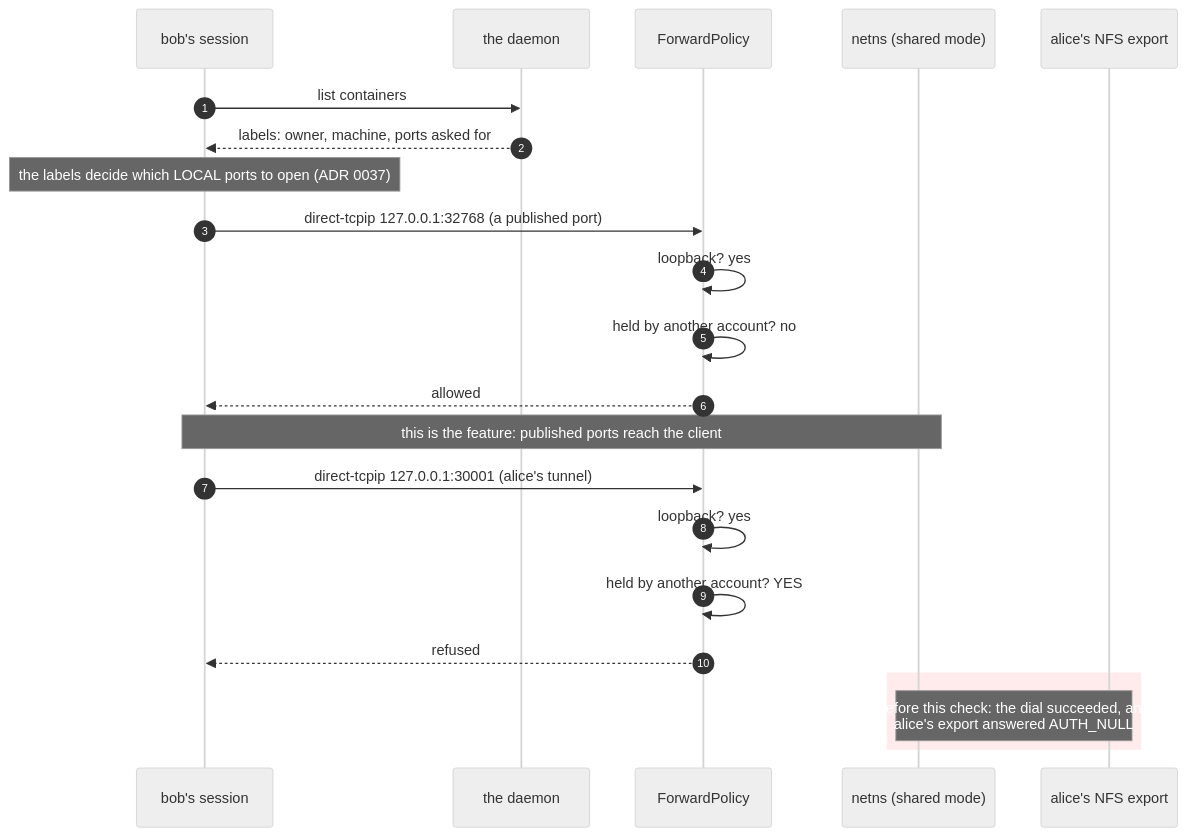
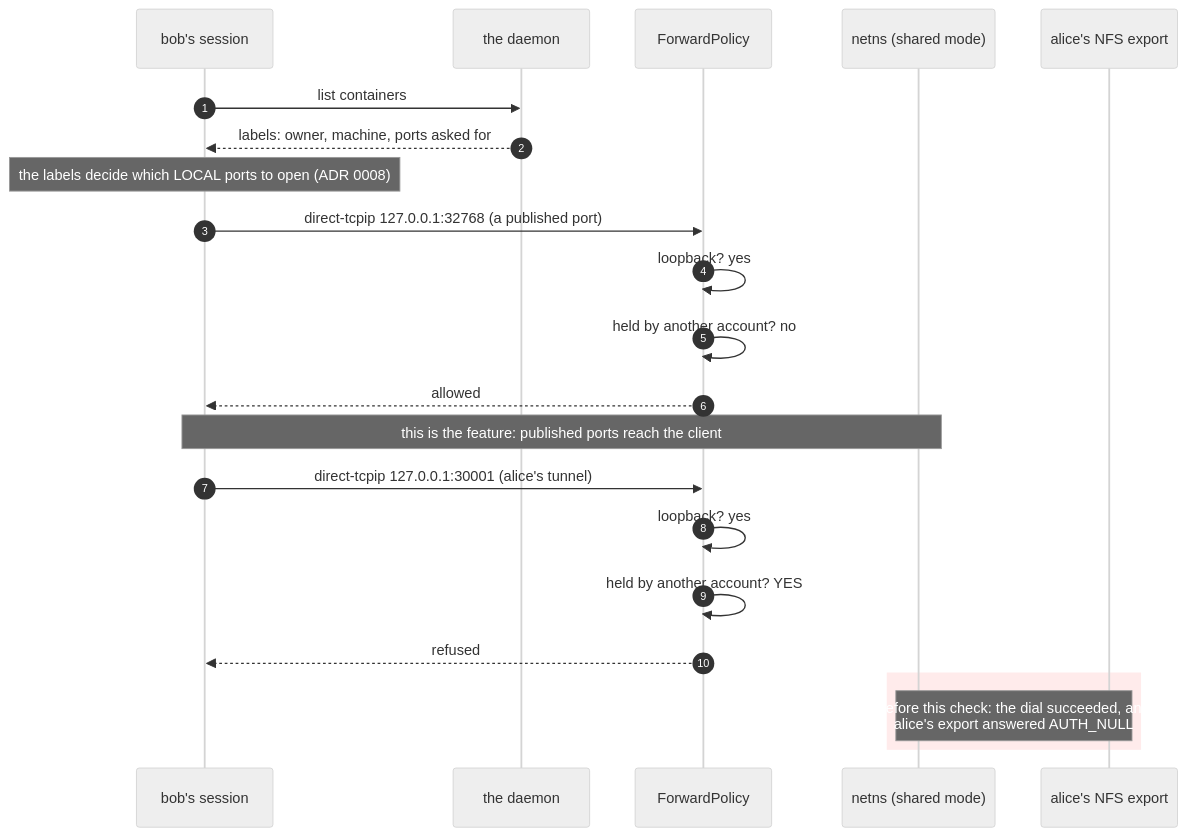
One commit to lhns/remote-docker changed the sixth of 10 diagrams in docs/threat-model.md. Above: the diagram before and after it, drawn with Mermaid (neutral theme). The commit also changed other lines of this file and 53 other files, not shown here.

````diff
--- a/docs/threat-model.md
+++ b/docs/threat-model.md
@@ -421,27 +421,27 @@
 ```mermaid
 sequenceDiagram
     autonumber
     participant B as bob's session
     participant D as the daemon
     participant P as ForwardPolicy
     participant NS as netns (shared mode)
     participant ANFS as alice's NFS export
 
     B->>D: list containers
     D-->>B: labels: owner, machine, ports asked for
-    Note over B: the labels decide which LOCAL ports to open (ADR 0037)
+    Note over B: the labels decide which LOCAL ports to open (ADR 0008)
 
     B->>P: direct-tcpip 127.0.0.1:32768 (a published port)
     P->>P: loopback? yes
     P->>P: held by another account? no
     P-->>B: allowed
     Note over B,NS: this is the feature: published ports reach the client
 
     B->>P: direct-tcpip 127.0.0.1:30001 (alice's tunnel)
     P->>P: loopback? yes
     P->>P: held by another account? YES
     P-->>B: refused
     rect rgb(255, 235, 235)
         Note over NS,ANFS: before this check: the dial succeeded, and<br/>alice's export answered AUTH_NULL
     end
 ```
````
